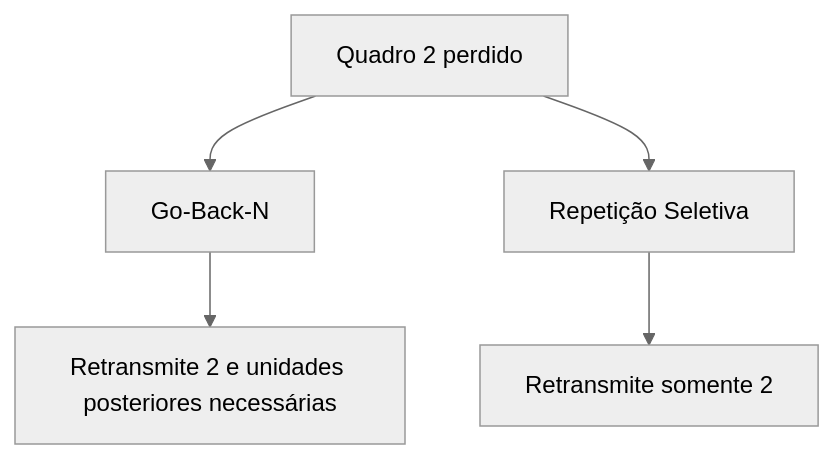
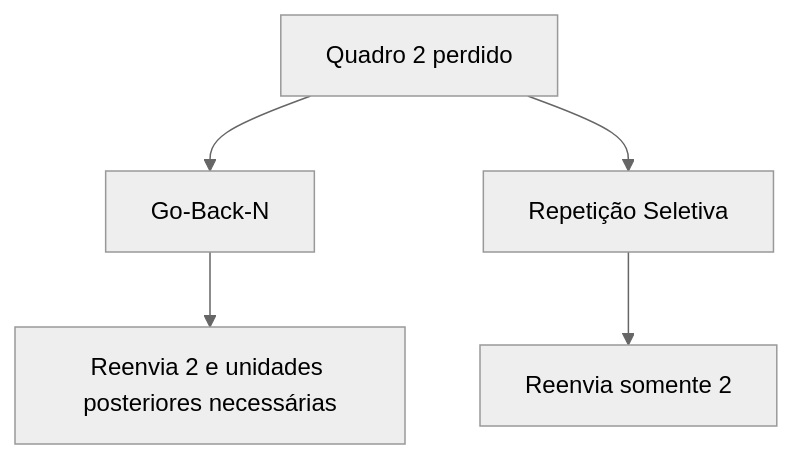
Before and after one commit to jurandysoares/janelas-deslizantes: the eighth of 13 diagrams in protocolos-janela-deslizante.md, drawn with Mermaid (neutral theme). The commit also changed other lines of this file and 16 other files, not shown here.

````diff
--- a/protocolos-janela-deslizante.md
+++ b/protocolos-janela-deslizante.md
@@ -283,8 +283,8 @@
 ```mermaid
 flowchart TB
     A["Quadro 2 perdido"]
     A --> B["Go-Back-N"]
     A --> C["Repetição Seletiva"]
-    B --> D["Retransmite 2 e unidades posteriores necessárias"]
-    C --> E["Retransmite somente 2"]
+    B --> D["Reenvia 2 e unidades posteriores necessárias"]
+    C --> E["Reenvia somente 2"]
 ```
````
